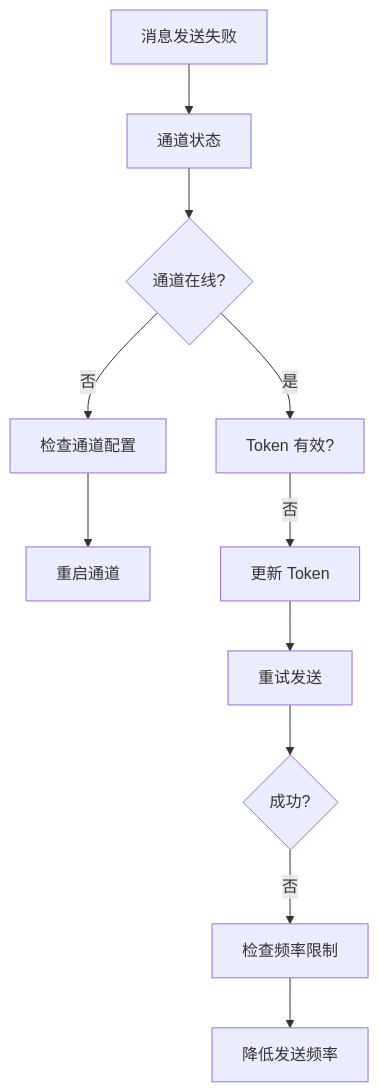
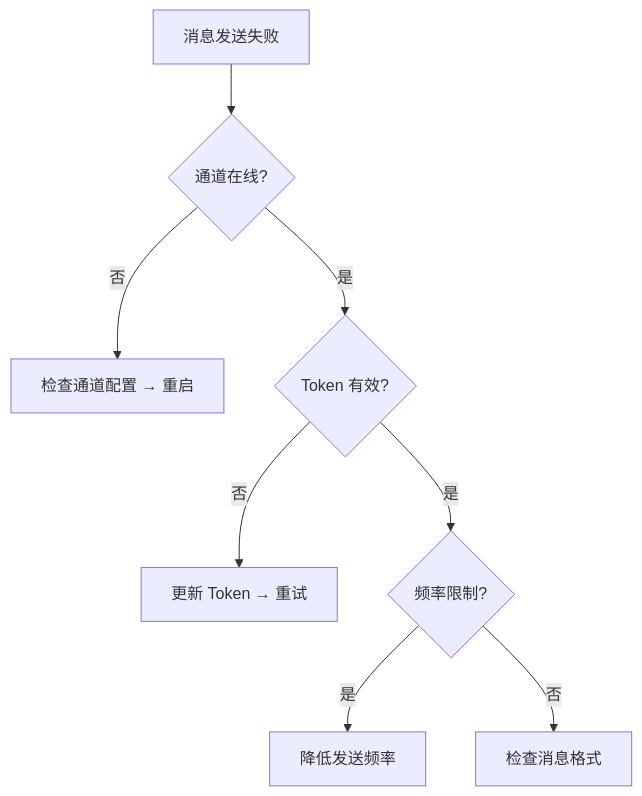
Before and after one commit to caicongyang/bloger: diagram 19 of 19 in openclaw/FAQ.md, drawn with Mermaid. The commit also changed other lines of this file and 13 other files, not shown here.

````diff
--- a/openclaw/FAQ.md
+++ b/openclaw/FAQ.md
@@ -1248,16 +975,10 @@
 ```mermaid
 flowchart TD
-    A[消息发送失败] --> B[通道状态]
-    B --> C{通道在线?}
-    C -->|否| D[检查通道配置]
-    D --> E[重启通道]
-    
-    C -->|是| F[Token 有效?]
-    F -->|否| G[更新 Token]
-    
-    G --> H[重试发送]
-    H --> I{成功?}
-    
-    I -->|否| J[检查频率限制]
-    J --> K[降低发送频率]
+    A[消息发送失败] --> B{通道在线?}
+    B -->|否| C["检查通道配置 → 重启"]
+    B -->|是| D{Token 有效?}
+    D -->|否| E["更新 Token → 重试"]
+    D -->|是| F{频率限制?}
+    F -->|是| G[降低发送频率]
+    F -->|否| H[检查消息格式]
 ```
````
